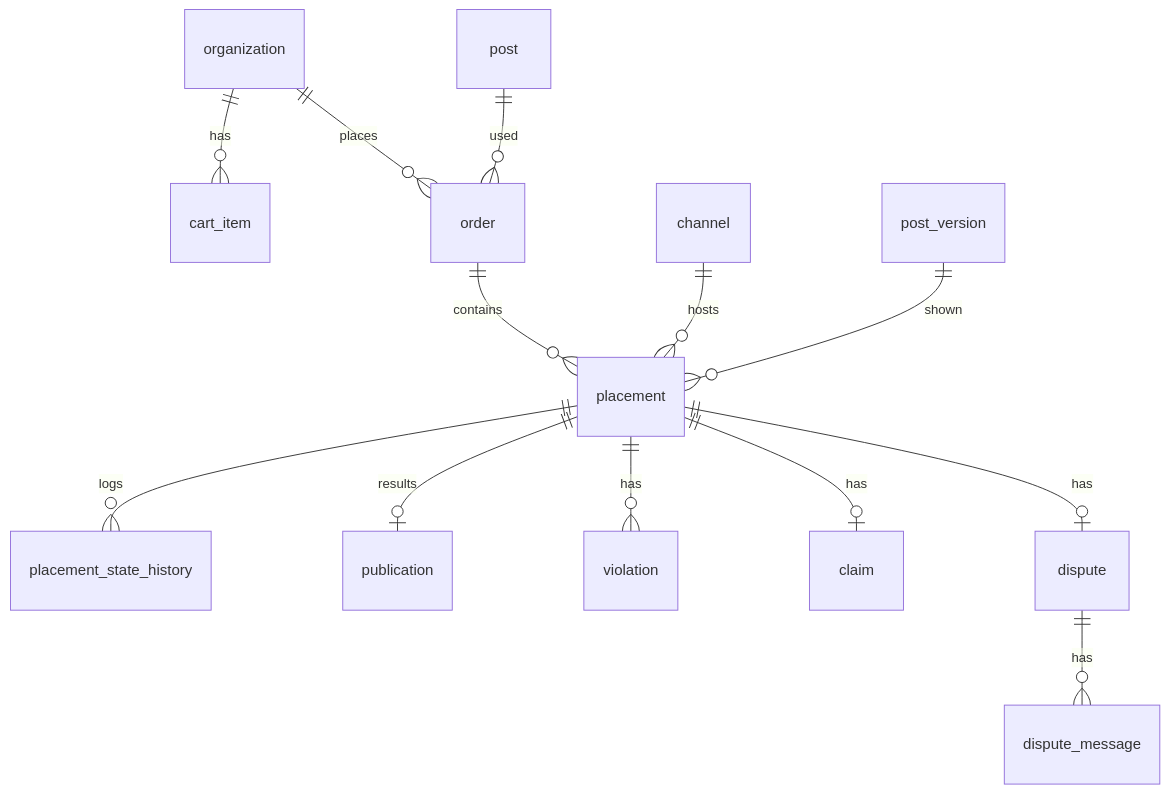
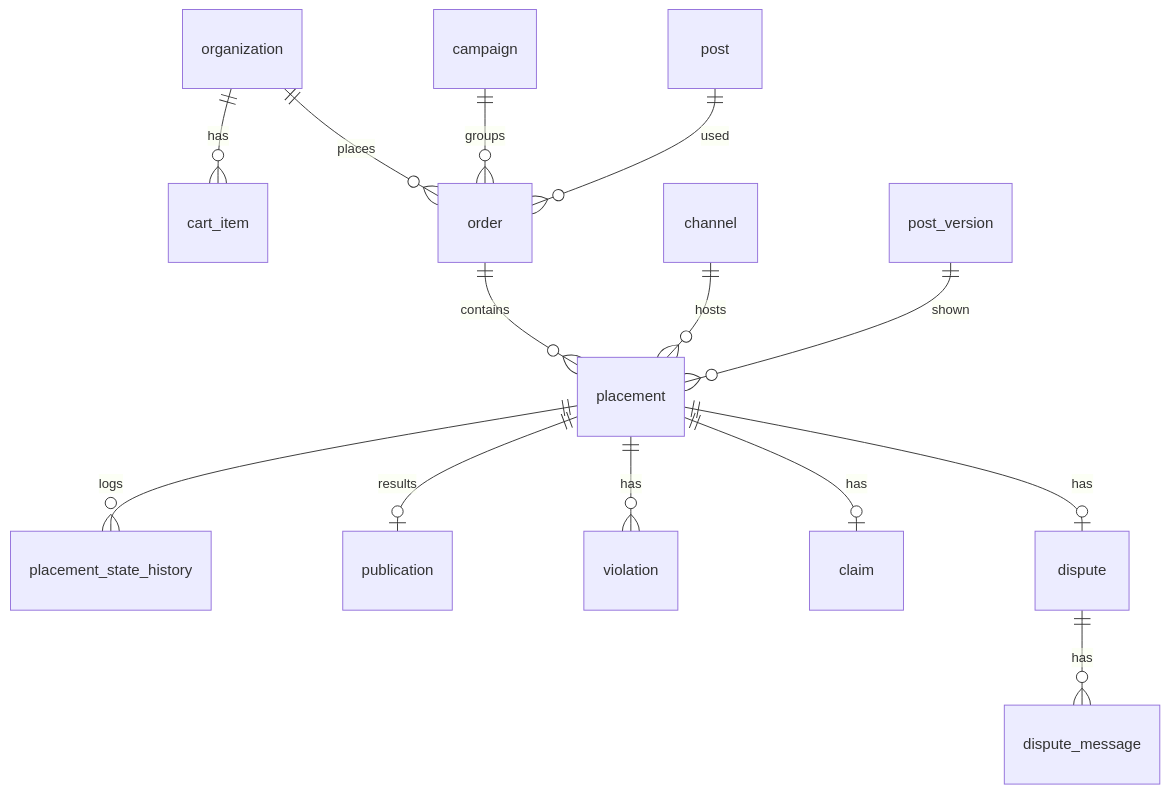
One commit to leha-creator/maxim changed the fourth of 6 diagrams in docs/04-domain-model.md. Above: the diagram before and after it, drawn with Mermaid. The commit also changed other lines of this file and 12 other files, not shown here.

````diff
--- a/docs/04-domain-model.md
+++ b/docs/04-domain-model.md
@@ -308,15 +323,16 @@
 ```mermaid
 erDiagram
     organization ||--o{ cart_item : has
     organization ||--o{ order : places
+    campaign ||--o{ order : groups
     post ||--o{ order : used
     order ||--o{ placement : contains
     channel ||--o{ placement : hosts
     post_version ||--o{ placement : shown
     placement ||--o{ placement_state_history : logs
     placement ||--o| publication : results
     placement ||--o{ violation : has
     placement ||--o| claim : has
     placement ||--o| dispute : has
     dispute ||--o{ dispute_message : has
 ```
````
